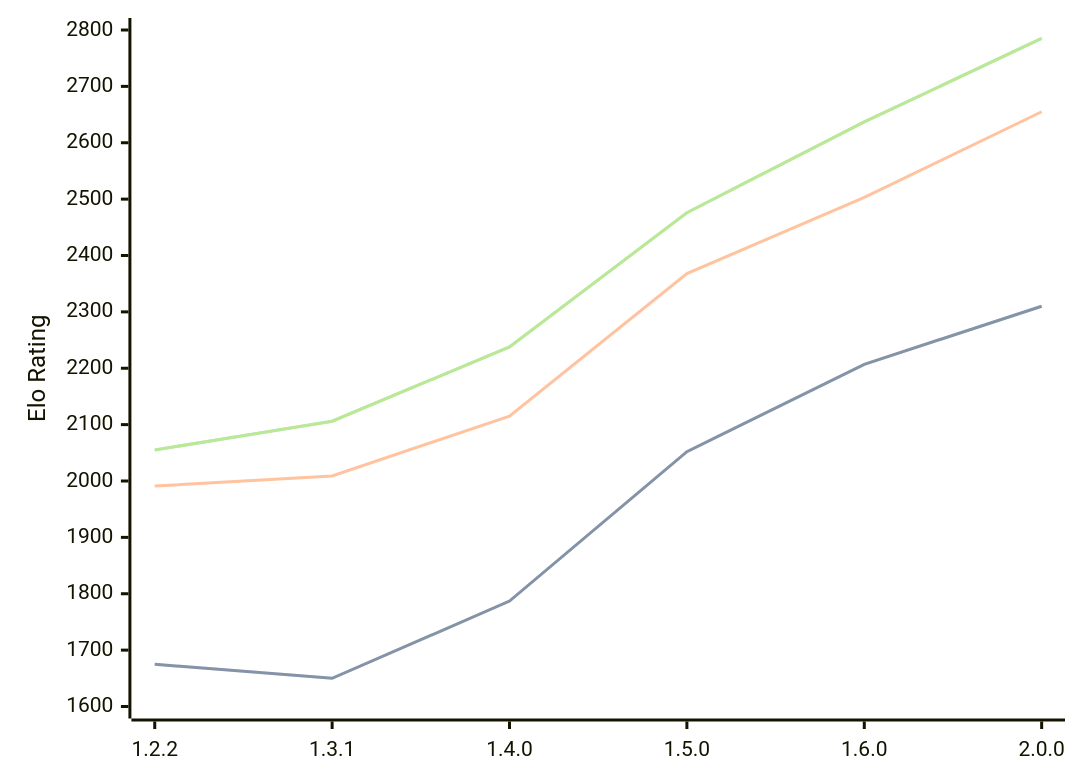
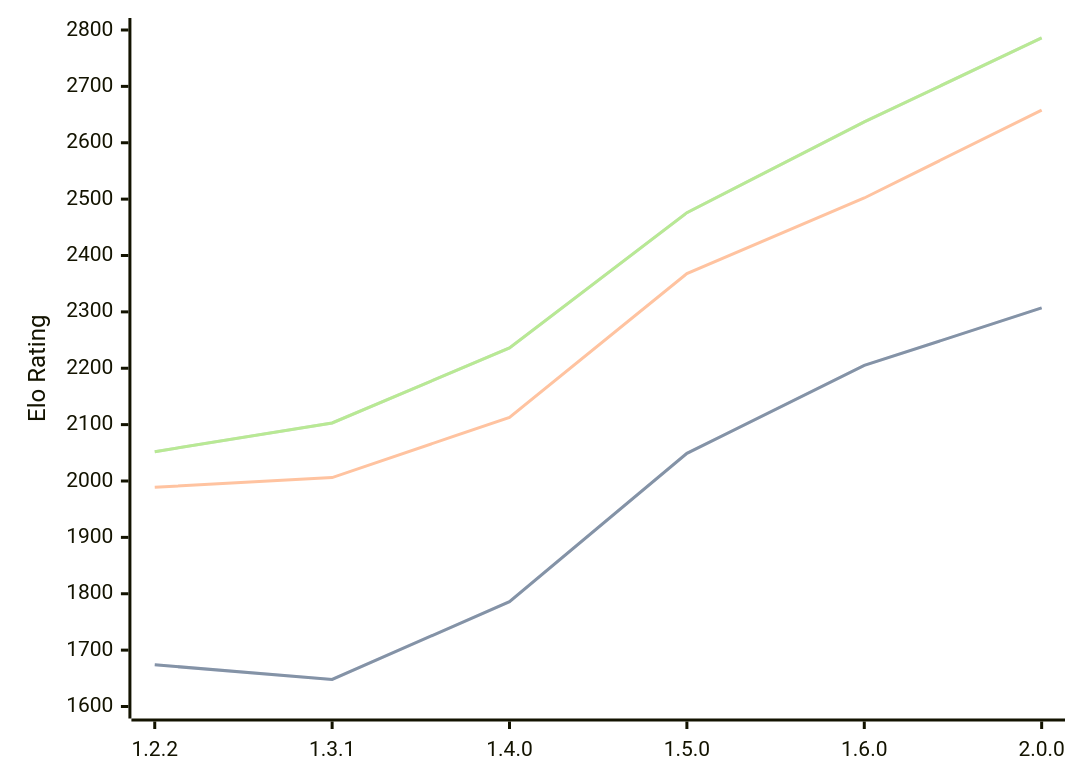
Before and after one commit to computer-chess-index/cci: the diagram in engines/SoloEngine.md, drawn with Mermaid. The commit also changed other lines of this file, not shown here.

Commit message:
Update CCI Ratings (ELO VLTC) - 2026-04-01

````diff
--- a/engines/SoloEngine.md
+++ b/engines/SoloEngine.md
@@ -36,11 +36,11 @@
 ```mermaid
 %%{init: {"theme":"base","themeVariables":{"seriesColors:['#a3a3a3','#222221','#faa371']}}}%%
 xychart-beta
   x-axis ["1.2.2", "1.3.1", "1.4.0", "1.5.0", "1.6.0", "2.0.0"]
   y-axis "Elo Rating" 1600 --> 2800
-  line "STC (8.0+0.08s)" [1675, 1650, 1787, 2052, 2207, 2310]
-  line "STC (8.0+0.08s)" [1675, 1650, 1787, 2052, 2207, 2310]
-  line "LTC (60.0+0.60s)" [1991, 2009, 2115, 2368, 2503, 2655]
-  line "VLTC (2m24s+1.12s)" [2055, 2106, 2238, 2476, 2637, 2785]
-  line "VLTC (2m24s+1.12s)" [2055, 2106, 2238, 2476, 2637, 2785]
+  line "STC (8.0+0.08s)" [1674, 1648, 1786, 2049, 2205, 2307]
+  line "STC (8.0+0.08s)" [1674, 1648, 1786, 2049, 2205, 2307]
+  line "LTC (60.0+0.60s)" [1989, 2006, 2113, 2368, 2502, 2658]
+  line "VLTC (2m24s+1.12s)" [2052, 2103, 2236, 2476, 2637, 2786]
+  line "VLTC (2m24s+1.12s)" [2052, 2103, 2236, 2476, 2637, 2786]
 ```
````
